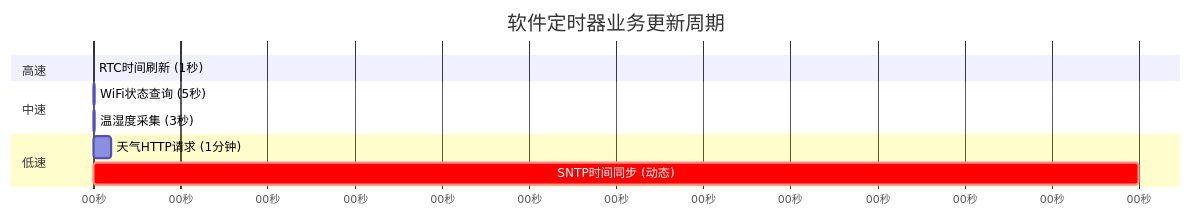
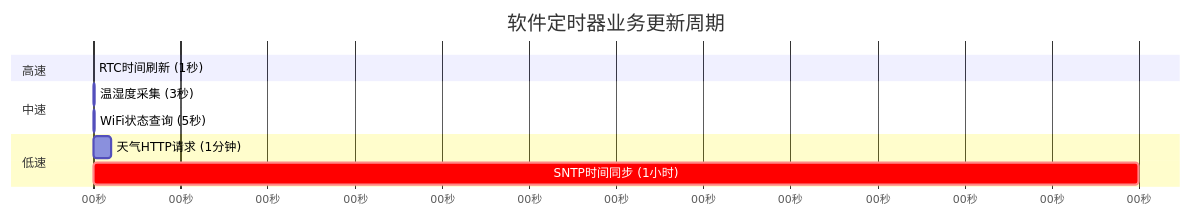
The third of 3 diagrams in README.md (Gaofayi/A-weather-clock-based-on-the-open-source-FreeRTOS-clock), drawn with Mermaid before and after one commit. The commit also changed other lines of this file, not shown here.

````diff
--- a/README.md
+++ b/README.md
@@ -105,14 +134,14 @@
 ```mermaid
 gantt
     title 软件定时器业务更新周期
     dateFormat  ss
     axisFormat %S秒
     section 高速
     RTC时间刷新 (1秒)    :active, t1, 0, 1s
     section 中速
+    温湿度采集 (3秒)     :t3, 0, 3s
     WiFi状态查询 (5秒)   :t2, 0, 5s
-    温湿度采集 (3秒)     :t3, 0, 3s
     section 低速
     天气HTTP请求 (1分钟) :t4, 0, 60s
-    SNTP时间同步 (动态)  :crit, t5, 0, 3600s
+    SNTP时间同步 (1小时) :crit, t5, 0, 3600s
 ```
````
